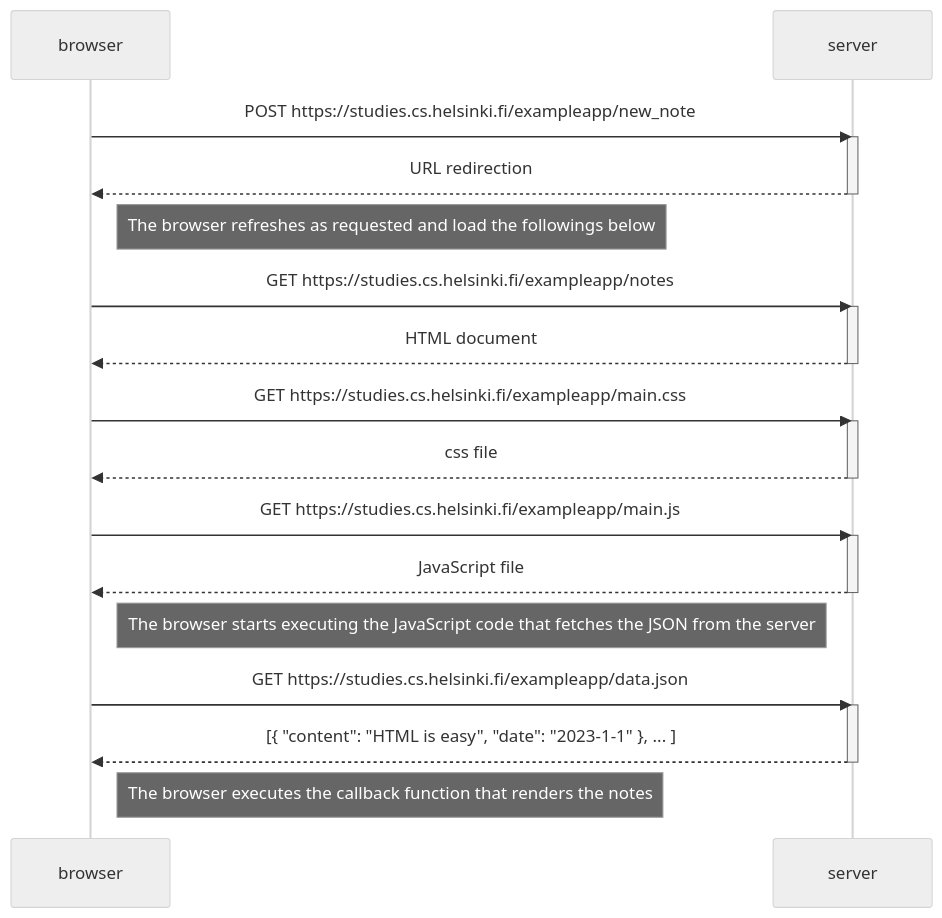
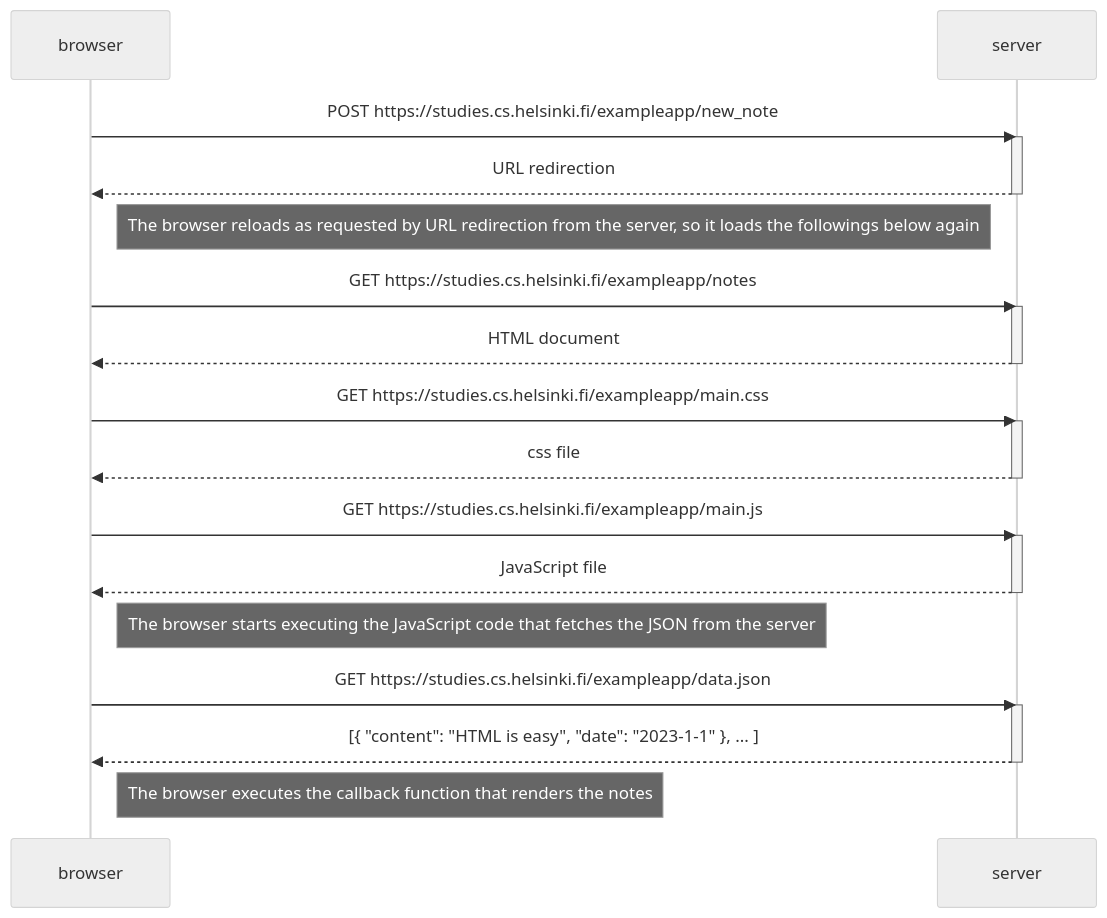
The diagram in part0/exercise_0.4.md (tyj916/fullstackopen), drawn with Mermaid (neutral theme) before and after one commit. The commit also changed 2 other files, not shown here.

Commit message:
Update comment

````diff
--- a/part0/exercise_0.4.md
+++ b/part0/exercise_0.4.md
@@ -3,36 +3,36 @@
 ```mermaid
 sequenceDiagram
   participant browser
   participant server
 
   browser->>server: POST https://studies.cs.helsinki.fi/exampleapp/new_note
   activate server
   server-->>browser: URL redirection
   deactivate server
 
-  Note right of browser: The browser refreshes as requested and load the followings below
+  Note right of browser: The browser reloads as requested by URL redirection from the server, so it loads the followings below again
 
   browser->>server: GET https://studies.cs.helsinki.fi/exampleapp/notes
   activate server
   server-->>browser: HTML document
   deactivate server
 
   browser->>server: GET https://studies.cs.helsinki.fi/exampleapp/main.css
   activate server
   server-->>browser: css file
   deactivate server
 
   browser->>server: GET https://studies.cs.helsinki.fi/exampleapp/main.js
   activate server
   server-->>browser: JavaScript file
   deactivate server
 
   Note right of browser: The browser starts executing the JavaScript code that fetches the JSON from the server
 
   browser->>server: GET https://studies.cs.helsinki.fi/exampleapp/data.json
   activate server
   server-->>browser: [{ "content": "HTML is easy", "date": "2023-1-1" }, ... ]
   deactivate server
 
   Note right of browser: The browser executes the callback function that renders the notes
 ```
````
